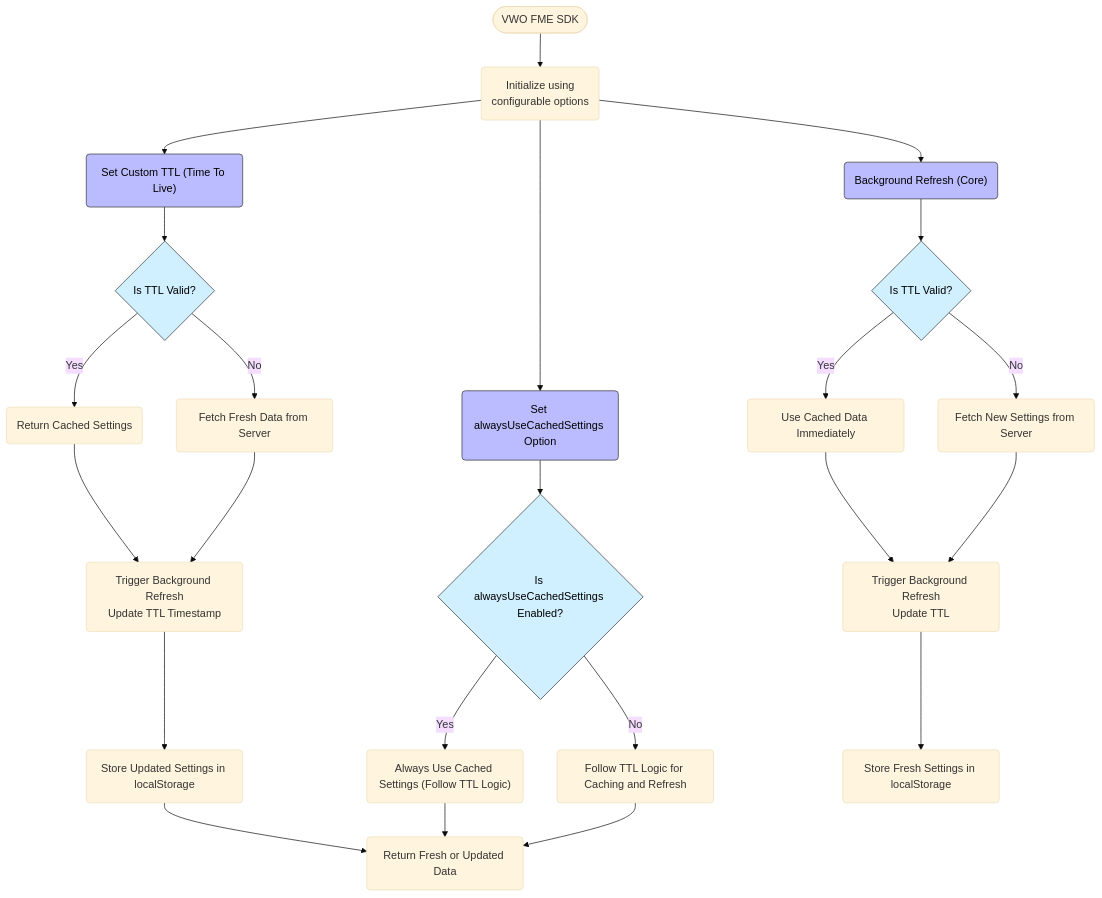
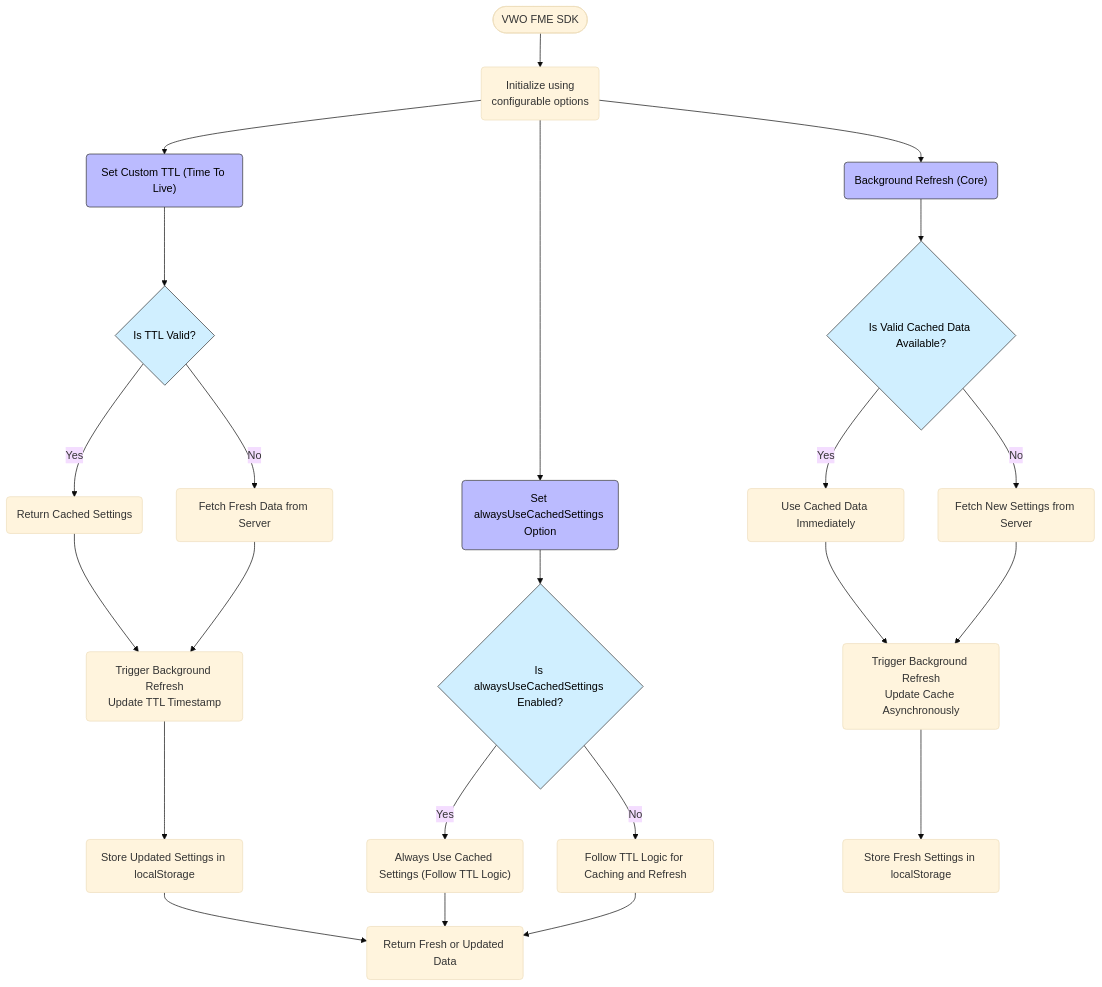
Before and after one commit to wingify/readme-central: the diagram in docs/SDK Reference/mobile-sdks/fme-javascript/cache-settings.md, drawn with Mermaid (base theme).

Commit message:
Update doc `cache-settings`

````diff
--- a/docs/SDK Reference/mobile-sdks/fme-javascript/cache-settings.md
+++ b/docs/SDK Reference/mobile-sdks/fme-javascript/cache-settings.md
@@ -12,48 +12,48 @@
 ```mermaid
 flowchart TD
     A0(["VWO FME SDK"]) --> A("Initialize using<br/>configurable options")
     A --> B("Set Custom TTL (Time To Live)")
     A --> C("Set alwaysUseCachedSettings Option")
     A --> D("Background Refresh (Core)")
 
     %% Settings Caching Flow
     B --> B1{"Is TTL Valid?"}
     B1 -- Yes --> B2("Return Cached Settings")
     B1 -- No --> B3("Fetch Fresh Data from Server")
     
     B2 --> B4("Trigger Background Refresh<br/>Update TTL Timestamp")
     B3 --> B4
     B4 --> B5("Store Updated Settings in localStorage")
     B5 --> B6("Return Fresh or Updated Data")
 
     %% alwaysUseCachedSettings Flow
     C --> C1{"Is alwaysUseCachedSettings Enabled?"}
     C1 -- Yes --> C2("Always Use Cached Settings (Follow TTL Logic)")
     C1 -- No --> C3("Follow TTL Logic for Caching and Refresh")
 
     C2 --> B6
     C3 --> B6
 
     %% Background Refresh Core Logic
-    D --> D1{"Is TTL Valid?"}
+    D --> D1{"Is Valid Cached Data Available?"}
     D1 -- Yes --> D2("Use Cached Data Immediately")
     D1 -- No --> D3("Fetch New Settings from Server")
-    D2 --> D4("Trigger Background Refresh<br/>Update TTL")
+    D2 --> D4("Trigger Background Refresh<br/>Update Cache Asynchronously")
     D3 --> D4
     D4 --> D5("Store Fresh Settings in localStorage")
 
     %% Assign Classes
     class B ttlSettings
     class C alwaysUseCachedSettings
     class D backgroundRefresh
     class B1 conditional
     class C1 conditional
     class D1 conditional
 
     %% Define Styles
     classDef ttlSettings fill:#bbf,stroke:#333,stroke-width:1px,color:#000
     classDef alwaysUseCachedSettings fill:#bbf,stroke:#333,stroke-width:1px,color:#000
     classDef backgroundRefresh fill:#bbf,stroke:#333,stroke-width:1px,color:#000
     classDef conditional fill:#d0efff,stroke:#333,stroke-width:1px,color:#000
 
 ```
````
